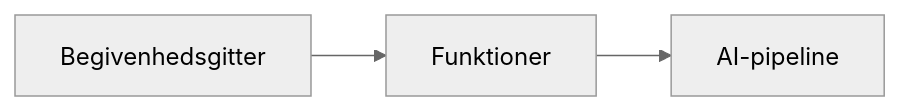
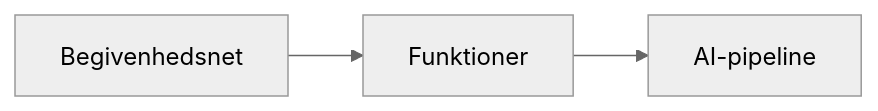
One commit to microsoft/AZD-for-beginners changed the second of 2 diagrams in translations/da/docs/chapter-08-production/README.md. Above: the diagram before and after it, drawn with Mermaid (neutral theme). The commit also changed other lines of this file and 104 other files, not shown here.

````diff
--- a/translations/da/docs/chapter-08-production/README.md
+++ b/translations/da/docs/chapter-08-production/README.md
@@ -56,4 +57,4 @@
 ```mermaid
 graph LR
-    EventGrid[Begivenhedsgitter] --> Functions[Funktioner] --> Pipeline[AI-pipeline]
+    EventGrid[Begivenhedsnet] --> Functions[Funktioner] --> Pipeline[AI-pipeline]
 ```
````
